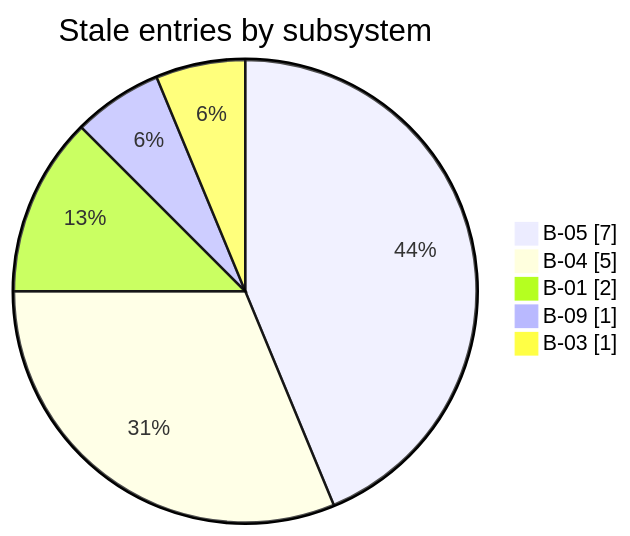
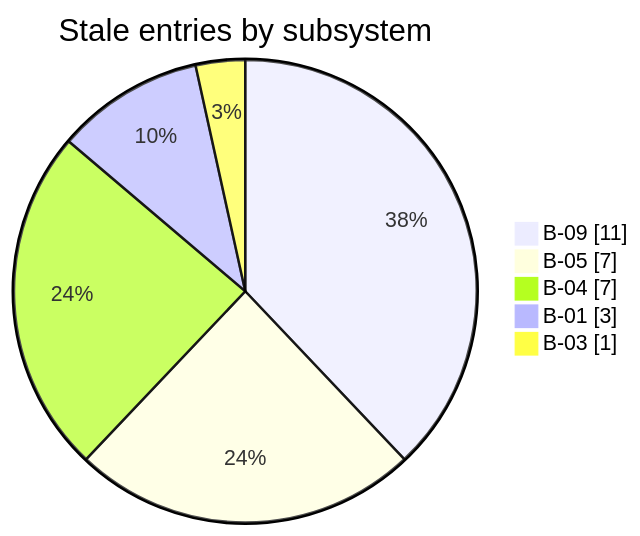
One commit to nfeldman/amanuensis changed the diagram in docs/architecture.md. Above: the diagram before and after it, drawn with Mermaid. The commit also changed 53 other files, not shown here.

````diff
--- a/docs/architecture.md
+++ b/docs/architecture.md
@@ -37,9 +37,9 @@
 ```mermaid
 pie showData
     title Stale entries by subsystem
+    "B-09" : 11
     "B-05" : 7
-    "B-04" : 5
-    "B-01" : 2
-    "B-09" : 1
+    "B-04" : 7
+    "B-01" : 3
     "B-03" : 1
 ```
````
